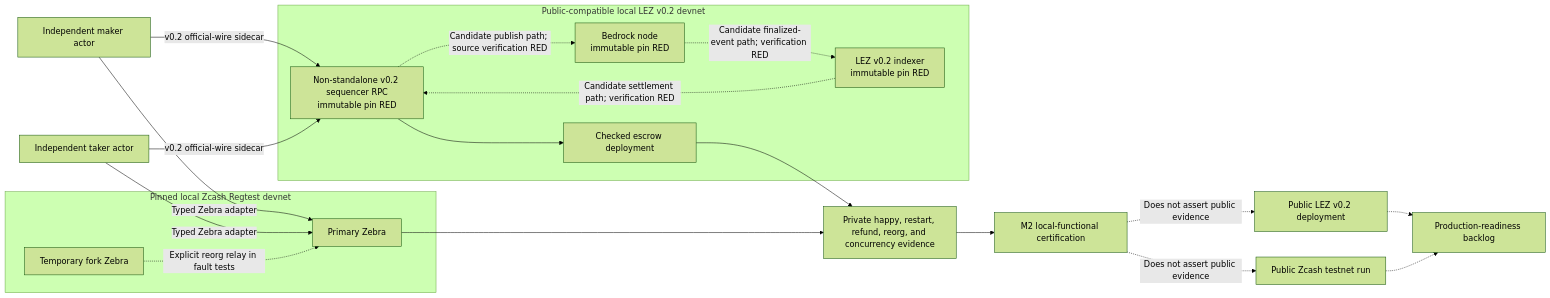
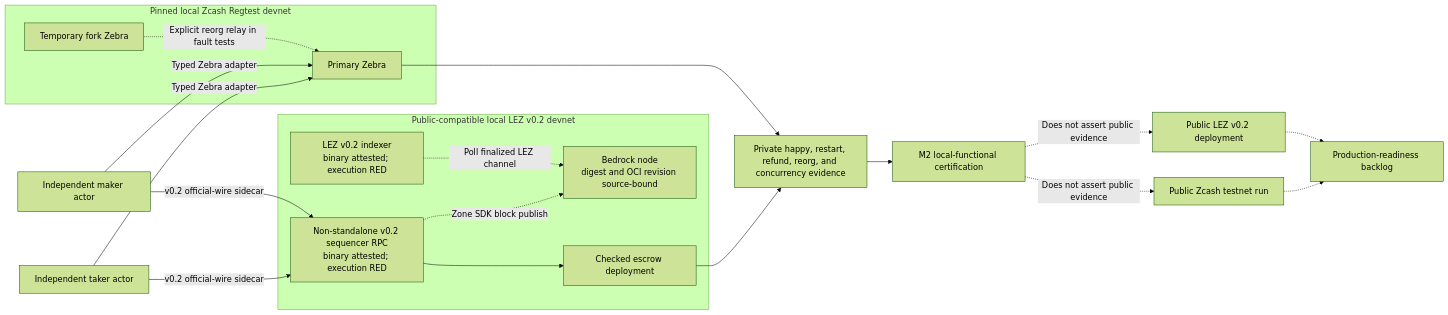
One commit to gateway-fm/lez-atomic-swaps changed the diagram in docs/architecture/0023-private-local-m2-certification.md. Above: the diagram before and after it, drawn with Mermaid (forest theme). The commit also changed other lines of this file and 13 other files, not shown here.

````diff
--- a/docs/architecture/0023-private-local-m2-certification.md
+++ b/docs/architecture/0023-private-local-m2-certification.md
@@ -5,40 +5,39 @@
 ```mermaid
 flowchart LR
     Maker["Independent maker actor"]
     Taker["Independent taker actor"]
 
     subgraph LocalLez["Public-compatible local LEZ v0.2 devnet"]
-        Bedrock["Bedrock node<br/>immutable pin RED"]
-        Indexer["LEZ v0.2 indexer<br/>immutable pin RED"]
-        Sequencer["Non-standalone v0.2 sequencer RPC<br/>immutable pin RED"]
+        Bedrock["Bedrock node<br/>digest and OCI revision source-bound"]
+        Indexer["LEZ v0.2 indexer<br/>binary attested; execution RED"]
+        Sequencer["Non-standalone v0.2 sequencer RPC<br/>binary attested; execution RED"]
         Escrow["Checked escrow deployment"]
     end
 
     subgraph LocalZcash["Pinned local Zcash Regtest devnet"]
         Zebra["Primary Zebra"]
         ZebraFork["Temporary fork Zebra"]
     end
 
     LocalEvidence["Private happy, restart, refund, reorg, and concurrency evidence"]
     M2["M2 local-functional certification"]
     PublicLez["Public LEZ v0.2 deployment"]
     PublicZec["Public Zcash testnet run"]
     Release["Production-readiness backlog"]
 
     Maker -->|"v0.2 official-wire sidecar"| Sequencer
     Taker -->|"v0.2 official-wire sidecar"| Sequencer
     Maker -->|"Typed Zebra adapter"| Zebra
     Taker -->|"Typed Zebra adapter"| Zebra
-    Sequencer -.->|"Candidate publish path; source verification RED"| Bedrock
-    Bedrock -.->|"Candidate finalized-event path; verification RED"| Indexer
-    Indexer -.->|"Candidate settlement path; verification RED"| Sequencer
+    Sequencer -.->|"Zone SDK block publish"| Bedrock
+    Indexer -.->|"Poll finalized LEZ channel"| Bedrock
     Sequencer --> Escrow
     ZebraFork -.->|"Explicit reorg relay in fault tests"| Zebra
     Escrow --> LocalEvidence
     Zebra --> LocalEvidence
     LocalEvidence --> M2
     PublicLez -.-> Release
     PublicZec -.-> Release
     M2 -.->|"Does not assert public evidence"| PublicLez
     M2 -.->|"Does not assert public evidence"| PublicZec
 ```
````
